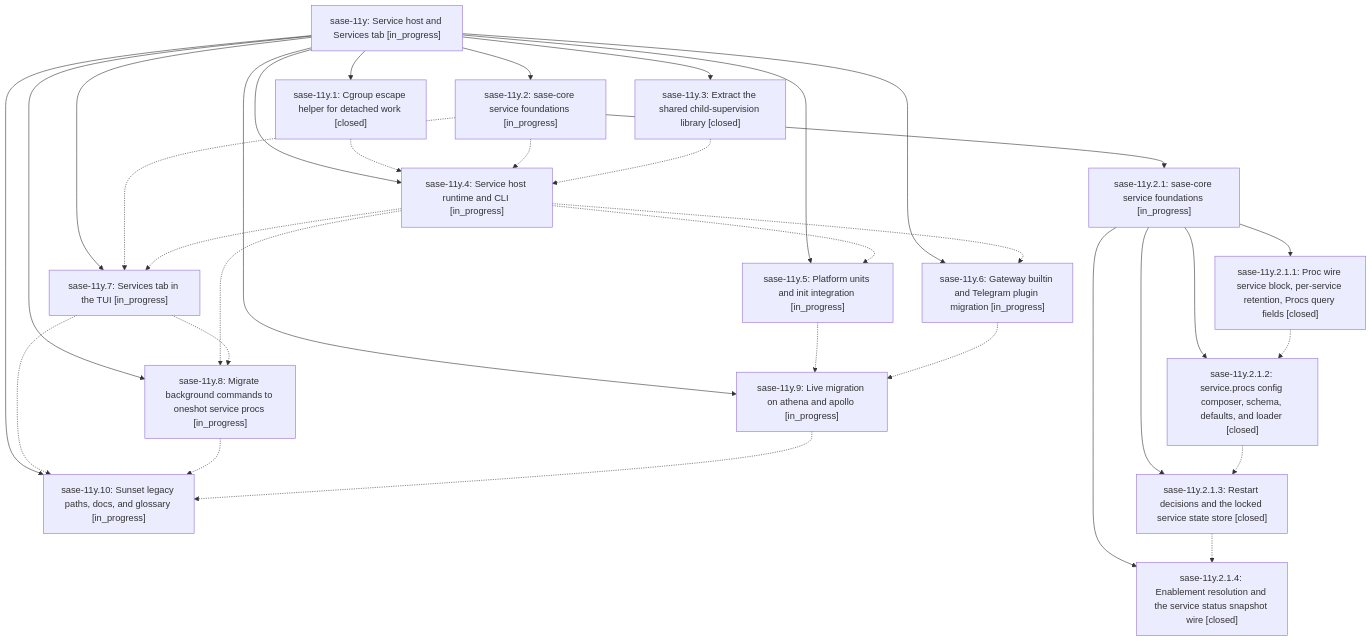
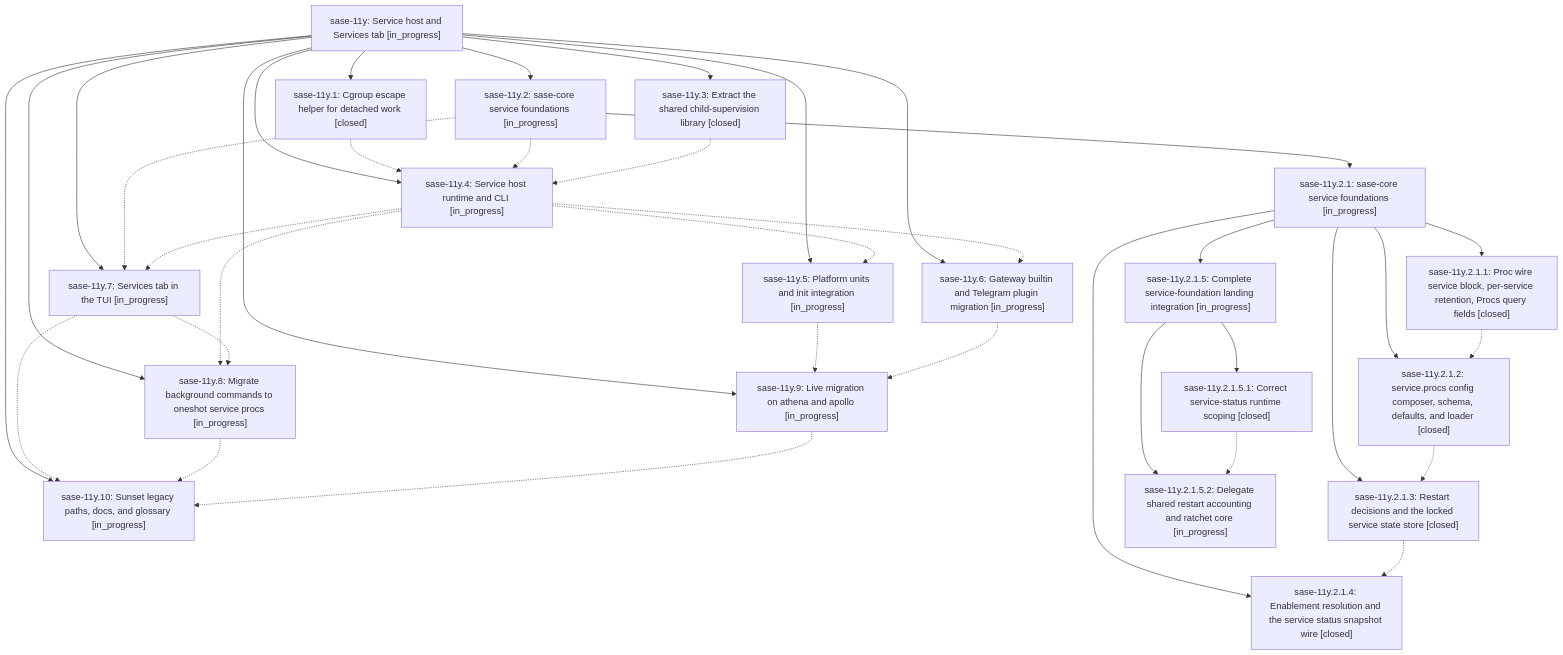
Before and after one commit to sase-org/sase--beads: the diagram in pages/sase-11y/README.md, drawn with Mermaid. The commit also changed other lines of this file and 4 other files, not shown here.

````diff
--- a/pages/sase-11y/README.md
+++ b/pages/sase-11y/README.md
@@ -43,51 +43,58 @@
 ```mermaid
 flowchart TD
     n0["sase-11y: Service host and Services tab [in_progress]"]
     n1["sase-11y.1: Cgroup escape helper for detached work [closed]"]
     n2["sase-11y.10: Sunset legacy paths, docs, and glossary [in_progress]"]
     n3["sase-11y.2: sase-core service foundations [in_progress]"]
     n4["sase-11y.2.1: sase-core service foundations [in_progress]"]
     n5["sase-11y.2.1.1: Proc wire service block, per-service retention, Procs query fields [closed]"]
     n6["sase-11y.2.1.2: service.procs config composer, schema, defaults, and loader [closed]"]
     n7["sase-11y.2.1.3: Restart decisions and the locked service state store [closed]"]
     n8["sase-11y.2.1.4: Enablement resolution and the service status snapshot wire [closed]"]
-    n9["sase-11y.3: Extract the shared child-supervision library [closed]"]
-    n10["sase-11y.4: Service host runtime and CLI [in_progress]"]
-    n11["sase-11y.5: Platform units and init integration [in_progress]"]
-    n12["sase-11y.6: Gateway builtin and Telegram plugin migration [in_progress]"]
-    n13["sase-11y.7: Services tab in the TUI [in_progress]"]
-    n14["sase-11y.8: Migrate background commands to oneshot service procs [in_progress]"]
-    n15["sase-11y.9: Live migration on athena and apollo [in_progress]"]
+    n9["sase-11y.2.1.5: Complete service-foundation landing integration [in_progress]"]
+    n10["sase-11y.2.1.5.1: Correct service-status runtime scoping [closed]"]
+    n11["sase-11y.2.1.5.2: Delegate shared restart accounting and ratchet core [in_progress]"]
+    n12["sase-11y.3: Extract the shared child-supervision library [closed]"]
+    n13["sase-11y.4: Service host runtime and CLI [in_progress]"]
+    n14["sase-11y.5: Platform units and init integration [in_progress]"]
+    n15["sase-11y.6: Gateway builtin and Telegram plugin migration [in_progress]"]
+    n16["sase-11y.7: Services tab in the TUI [in_progress]"]
+    n17["sase-11y.8: Migrate background commands to oneshot service procs [in_progress]"]
+    n18["sase-11y.9: Live migration on athena and apollo [in_progress]"]
     n0 --> n1
     n0 --> n2
     n0 --> n3
     n3 --> n4
     n4 --> n5
     n4 --> n6
     n4 --> n7
     n4 --> n8
-    n0 --> n9
-    n0 --> n10
-    n0 --> n11
+    n4 --> n9
+    n9 --> n10
+    n9 --> n11
     n0 --> n12
     n0 --> n13
     n0 --> n14
     n0 --> n15
-    n1 -.-> n10
-    n3 -.-> n10
+    n0 --> n16
+    n0 --> n17
+    n0 --> n18
+    n1 -.-> n13
     n3 -.-> n13
+    n3 -.-> n16
     n5 -.-> n6
     n6 -.-> n7
     n7 -.-> n8
-    n9 -.-> n10
     n10 -.-> n11
-    n10 -.-> n12
-    n10 -.-> n13
-    n10 -.-> n14
-    n11 -.-> n15
-    n12 -.-> n15
-    n13 -.-> n2
+    n12 -.-> n13
     n13 -.-> n14
-    n14 -.-> n2
-    n15 -.-> n2
+    n13 -.-> n15
+    n13 -.-> n16
+    n13 -.-> n17
+    n14 -.-> n18
+    n15 -.-> n18
+    n16 -.-> n2
+    n16 -.-> n17
+    n17 -.-> n2
+    n18 -.-> n2
 ```
````
